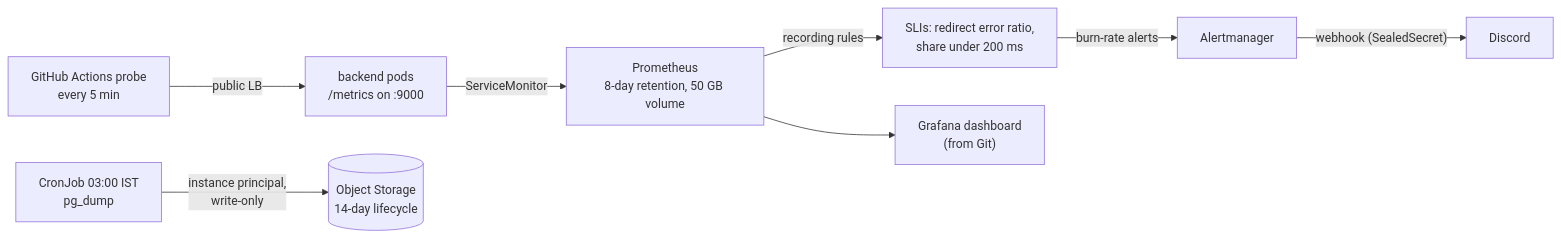
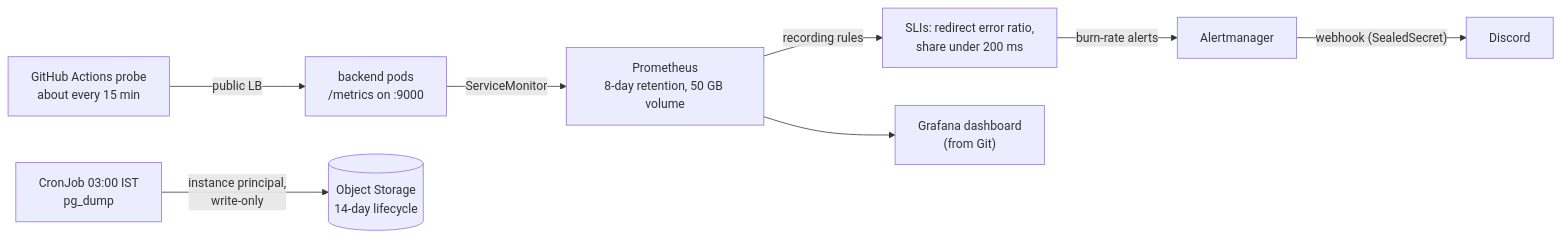
One commit to Sandeep-RN/oci-k8s-gitops-demo changed the fourth of 6 diagrams in docs/architecture.md. Above: the diagram before and after it, drawn with Mermaid. The commit also changed 2 other files, not shown here.

Commit message:
Run the external probe at odd minutes, about every 15 minutes (#78)
The */5 schedule ran once in 7.5 hours: GitHub's scheduler drops runs under
load, mostly on the hour grid. Fewer runs at off-peak minutes are more likely
to actually run.

````diff
--- a/docs/architecture.md
+++ b/docs/architecture.md
@@ -187,10 +187,10 @@
 ```mermaid
 flowchart LR
     app["backend pods<br/>/metrics on :9000"] -->|"ServiceMonitor"| prom["Prometheus<br/>8-day retention, 50 GB volume"]
     prom -->|"recording rules"| sli["SLIs: redirect error ratio,<br/>share under 200 ms"]
     sli -->|"burn-rate alerts"| am["Alertmanager"]
     am -->|"webhook (SealedSecret)"| discord["Discord"]
     prom --> grafana["Grafana dashboard<br/>(from Git)"]
-    probe["GitHub Actions probe<br/>every 5 min"] -->|"public LB"| app
+    probe["GitHub Actions probe<br/>about every 15 min"] -->|"public LB"| app
     cron["CronJob 03:00 IST<br/>pg_dump"] -->|"instance principal,<br/>write-only"| bucket[("Object Storage<br/>14-day lifecycle")]
 ```
````
